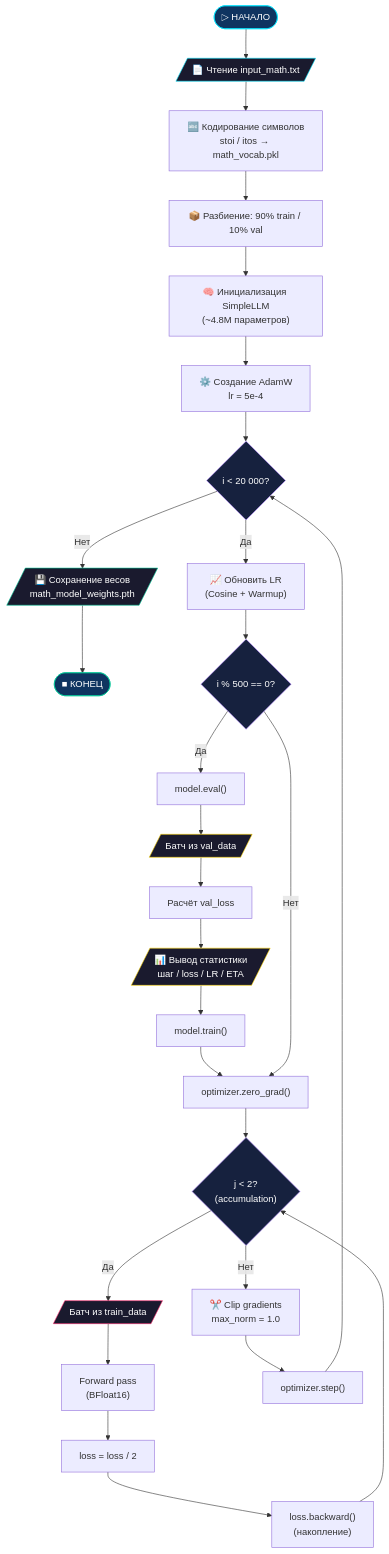
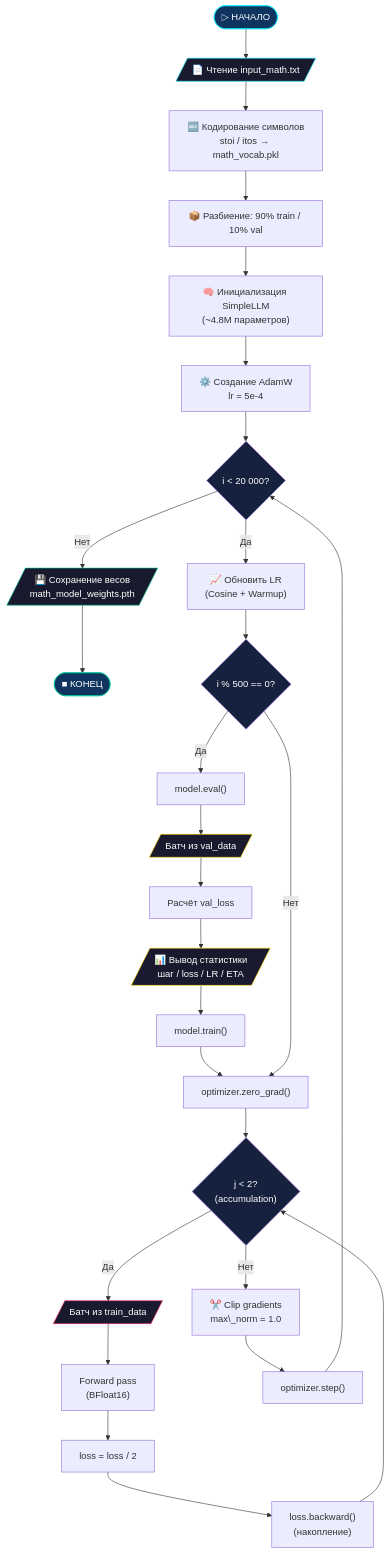
One commit to zzzigrok/Pythagoras-1.0 changed the fifth of 5 diagrams in docs/trainer.md. Above: the diagram before and after it, drawn with Mermaid. The commit also changed other lines of this file and 1 other file, not shown here.

Commit message:
Исправление ошибок в документации mermaid и latex

````diff
--- a/docs/trainer.md
+++ b/docs/trainer.md
@@ -307,46 +307,46 @@
 ```mermaid
 flowchart TD
     START([" ▷ НАЧАЛО "]) --> LOAD[/"📄 Чтение input_math.txt"/]
     LOAD --> ENCODE["🔤 Кодирование символов<br/>stoi / itos → math_vocab.pkl"]
     ENCODE --> SPLIT["📦 Разбиение: 90% train / 10% val"]
     SPLIT --> INIT["🧠 Инициализация SimpleLLM<br/>(~4.8M параметров)"]
     INIT --> OPTIM["⚙️ Создание AdamW<br/>lr = 5e-4"]
     
     OPTIM --> LOOP_START{"i < 20 000?"}
     LOOP_START -->|Нет| SAVE[/"💾 Сохранение весов<br/>math_model_weights.pth"/]
     SAVE --> FINISH(["■ КОНЕЦ"])
 
     LOOP_START -->|Да| UPDATE_LR["📈 Обновить LR<br/>(Cosine + Warmup)"]
     UPDATE_LR --> CHECK_EVAL{"i % 500 == 0?"}
     
     CHECK_EVAL -->|Да| EVAL_MODE["model.eval()"]
     EVAL_MODE --> EVAL_BATCH[/"Батч из val_data"/]
     EVAL_BATCH --> EVAL_LOSS["Расчёт val_loss"]
     EVAL_LOSS --> LOG[/"📊 Вывод статистики<br/>шаг / loss / LR / ETA"/]
     LOG --> TRAIN_MODE["model.train()"]
     TRAIN_MODE --> ZERO_GRAD
     
     CHECK_EVAL -->|Нет| ZERO_GRAD["optimizer.zero_grad()"]
     ZERO_GRAD --> ACCUM_START{"j < 2?<br/>(accumulation)"}
     
     ACCUM_START -->|Да| BATCH[/"Батч из train_data"/]
     BATCH --> FORWARD["Forward pass<br/>(BFloat16)"]
     FORWARD --> DIV_LOSS["loss = loss / 2"]
     DIV_LOSS --> BACKWARD["loss.backward()<br/>(накопление)"]
     BACKWARD --> ACCUM_START
     
-    ACCUM_START -->|Нет| CLIP["✂️ Clip gradients<br/>max_norm = 1.0"]
+    ACCUM_START -->|Нет| CLIP["✂️ Clip gradients<br/>max\_norm = 1.0"]
     CLIP --> STEP["optimizer.step()"]
     STEP --> LOOP_START
 
     style START fill:#0f3460,stroke:#00e5ff,color:#fff
     style FINISH fill:#0f3460,stroke:#00c897,color:#fff
     style LOOP_START fill:#16213e,stroke:#b388ff,color:#fff
     style CHECK_EVAL fill:#16213e,stroke:#b388ff,color:#fff
     style ACCUM_START fill:#16213e,stroke:#b388ff,color:#fff
     style SAVE fill:#1a1a2e,stroke:#00c897,color:#fff
     style LOAD fill:#1a1a2e,stroke:#00e5ff,color:#fff
     style EVAL_BATCH fill:#1a1a2e,stroke:#ffd700,color:#fff
     style LOG fill:#1a1a2e,stroke:#ffd700,color:#fff
     style BATCH fill:#1a1a2e,stroke:#ff2a6d,color:#fff
 ```
````
